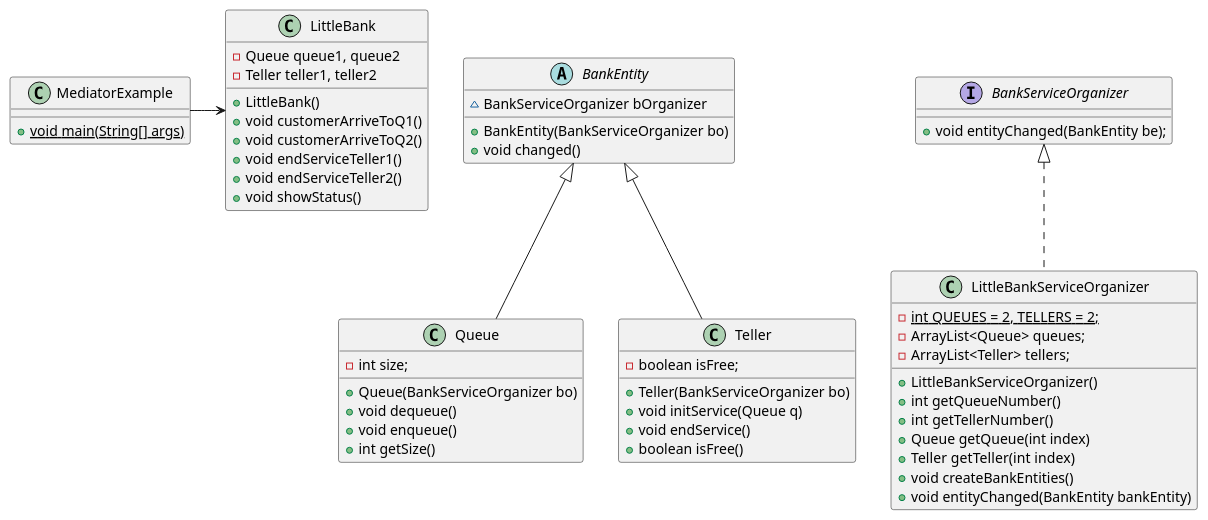
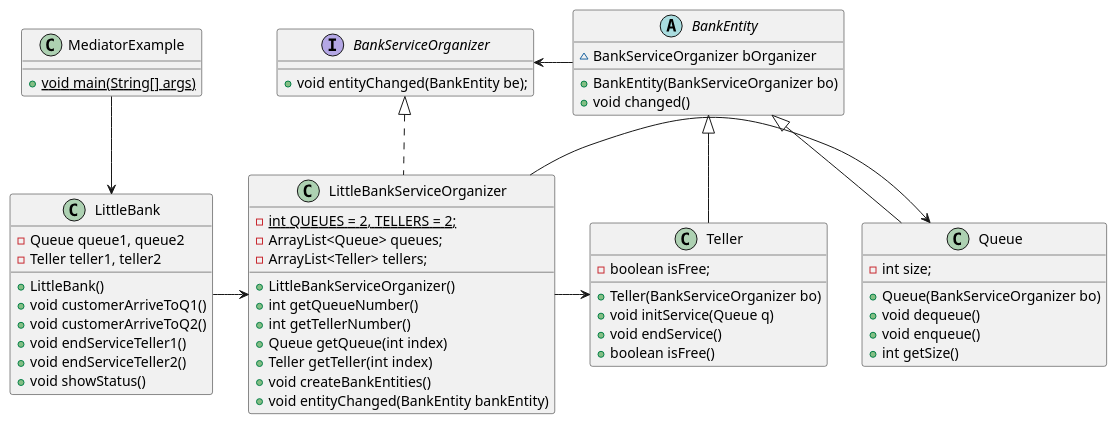
Before and after one commit to BeqaKhaburdzania/FreeUni-SDP-2013-Lab-UML: the diagram in Mediator/uml/MediatorClassDiagram.puml, drawn with PlantUML. The commit also changed 7 other files, not shown here.

```diff
--- a/Mediator/uml/MediatorClassDiagram.puml
+++ b/Mediator/uml/MediatorClassDiagram.puml
@@ -1,60 +1,64 @@
 @startuml
 
 class MediatorExample {
     + {static} void main(String[] args)
 }
 
 abstract class BankEntity {
     ~ BankServiceOrganizer bOrganizer
     + BankEntity(BankServiceOrganizer bo)
     + void changed()
 }
 
 interface BankServiceOrganizer {
     + void entityChanged(BankEntity be);
 }
 
 class LittleBank {
     - Queue queue1, queue2
     - Teller teller1, teller2
     + LittleBank()
     + void customerArriveToQ1()
     + void customerArriveToQ2()
     + void endServiceTeller1()
     + void endServiceTeller2()
     + void showStatus()
 }
 
 class LittleBankServiceOrganizer implements BankServiceOrganizer {
     -{static} int QUEUES = 2, TELLERS = 2;
     - ArrayList<Queue> queues;
     - ArrayList<Teller> tellers;
 
     + LittleBankServiceOrganizer()
     + int getQueueNumber()
     + int getTellerNumber()
     + Queue getQueue(int index)
     + Teller getTeller(int index)
     + void createBankEntities()
     + void entityChanged(BankEntity bankEntity)
 }
 
 class Queue extends BankEntity {
     - int size;
     + Queue(BankServiceOrganizer bo)
     + void dequeue()
     + void enqueue()
     + int getSize()
 }
 
 class Teller extends BankEntity {
     - boolean isFree;
     + Teller(BankServiceOrganizer bo)
     + void initService(Queue q)
     + void endService()
     + boolean isFree()
 }
 
-MediatorExample -> LittleBank
+MediatorExample --> LittleBank
+LittleBank -> LittleBankServiceOrganizer
+LittleBankServiceOrganizer -> Queue
+LittleBankServiceOrganizer -> Teller
+BankEntity -Left-> BankServiceOrganizer
 
 @enduml
```
